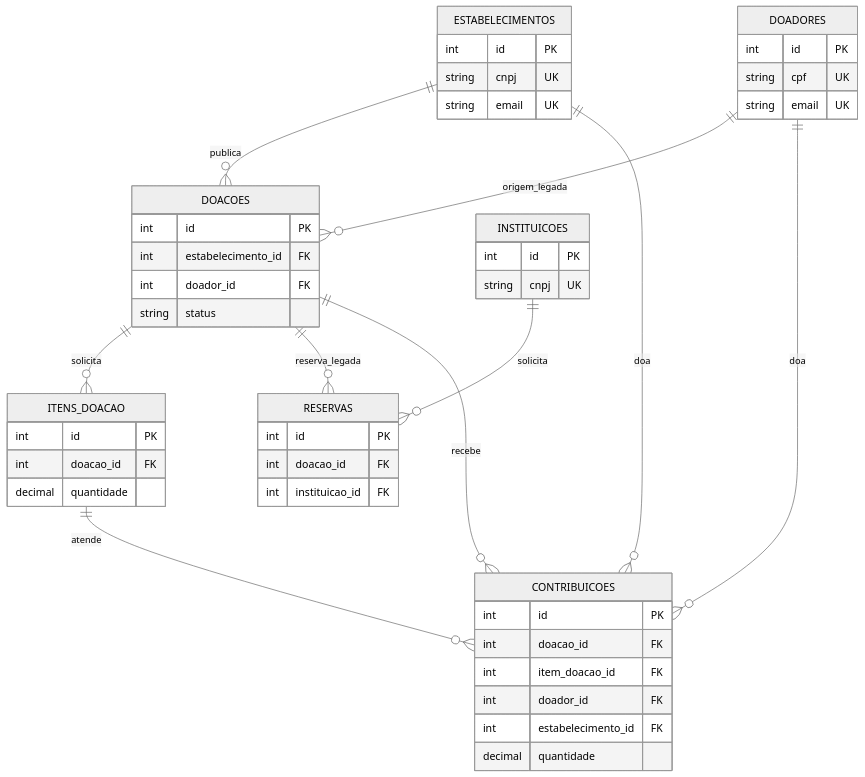
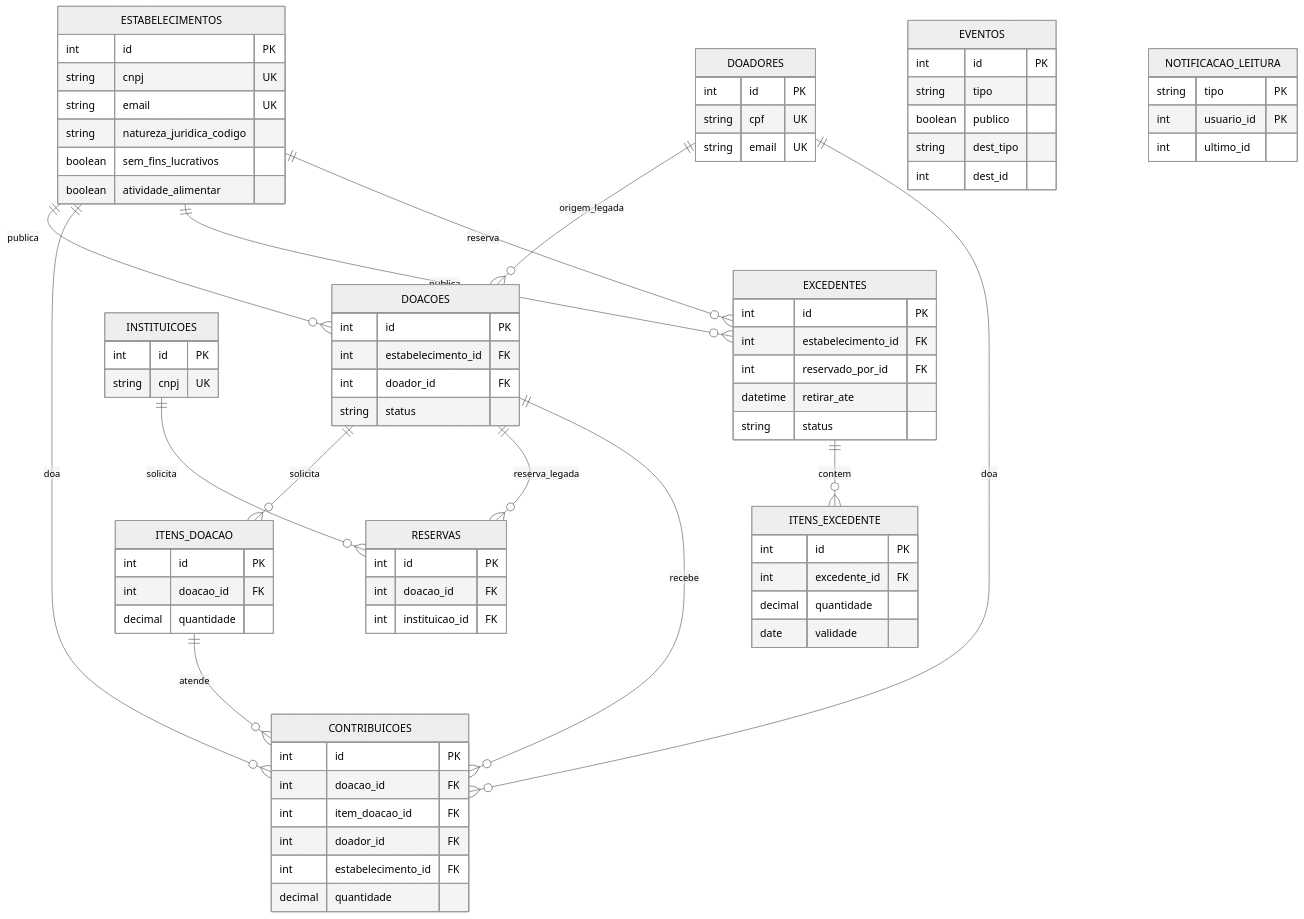
Before and after one commit to lucassilb/reconecta-doacoes: the diagram in docs/modelagem.md, drawn with Mermaid (neutral theme). The commit also changed other lines of this file and 1 other file, not shown here.

Commit message:
Documenta objetivos e rotas da rodada 11

````diff
--- a/docs/modelagem.md
+++ b/docs/modelagem.md
@@ -27,50 +31,81 @@
 ```mermaid
 erDiagram
     ESTABELECIMENTOS ||--o{ DOACOES : publica
     DOADORES ||--o{ DOACOES : origem_legada
     DOACOES ||--o{ ITENS_DOACAO : solicita
     DOACOES ||--o{ RESERVAS : reserva_legada
     INSTITUICOES ||--o{ RESERVAS : solicita
     DOACOES ||--o{ CONTRIBUICOES : recebe
     ITENS_DOACAO ||--o{ CONTRIBUICOES : atende
     DOADORES ||--o{ CONTRIBUICOES : doa
     ESTABELECIMENTOS ||--o{ CONTRIBUICOES : doa
+    ESTABELECIMENTOS ||--o{ EXCEDENTES : publica
+    ESTABELECIMENTOS ||--o{ EXCEDENTES : reserva
+    EXCEDENTES ||--o{ ITENS_EXCEDENTE : contem
     ESTABELECIMENTOS {
         int id PK
         string cnpj UK
         string email UK
+        string natureza_juridica_codigo
+        boolean sem_fins_lucrativos
+        boolean atividade_alimentar
     }
     DOADORES {
         int id PK
         string cpf UK
         string email UK
     }
     INSTITUICOES {
         int id PK
         string cnpj UK
     }
     DOACOES {
         int id PK
         int estabelecimento_id FK
         int doador_id FK
         string status
     }
     ITENS_DOACAO {
         int id PK
         int doacao_id FK
         decimal quantidade
     }
     RESERVAS {
         int id PK
         int doacao_id FK
         int instituicao_id FK
     }
     CONTRIBUICOES {
         int id PK
         int doacao_id FK
         int item_doacao_id FK
         int doador_id FK
         int estabelecimento_id FK
         decimal quantidade
     }
+    EXCEDENTES {
+        int id PK
+        int estabelecimento_id FK
+        int reservado_por_id FK
+        datetime retirar_ate
+        string status
+    }
+    ITENS_EXCEDENTE {
+        int id PK
+        int excedente_id FK
+        decimal quantidade
+        date validade
+    }
+    EVENTOS {
+        int id PK
+        string tipo
+        boolean publico
+        string dest_tipo
+        int dest_id
+    }
+    NOTIFICACAO_LEITURA {
+        string tipo PK
+        int usuario_id PK
+        int ultimo_id
+    }
 ```
````
